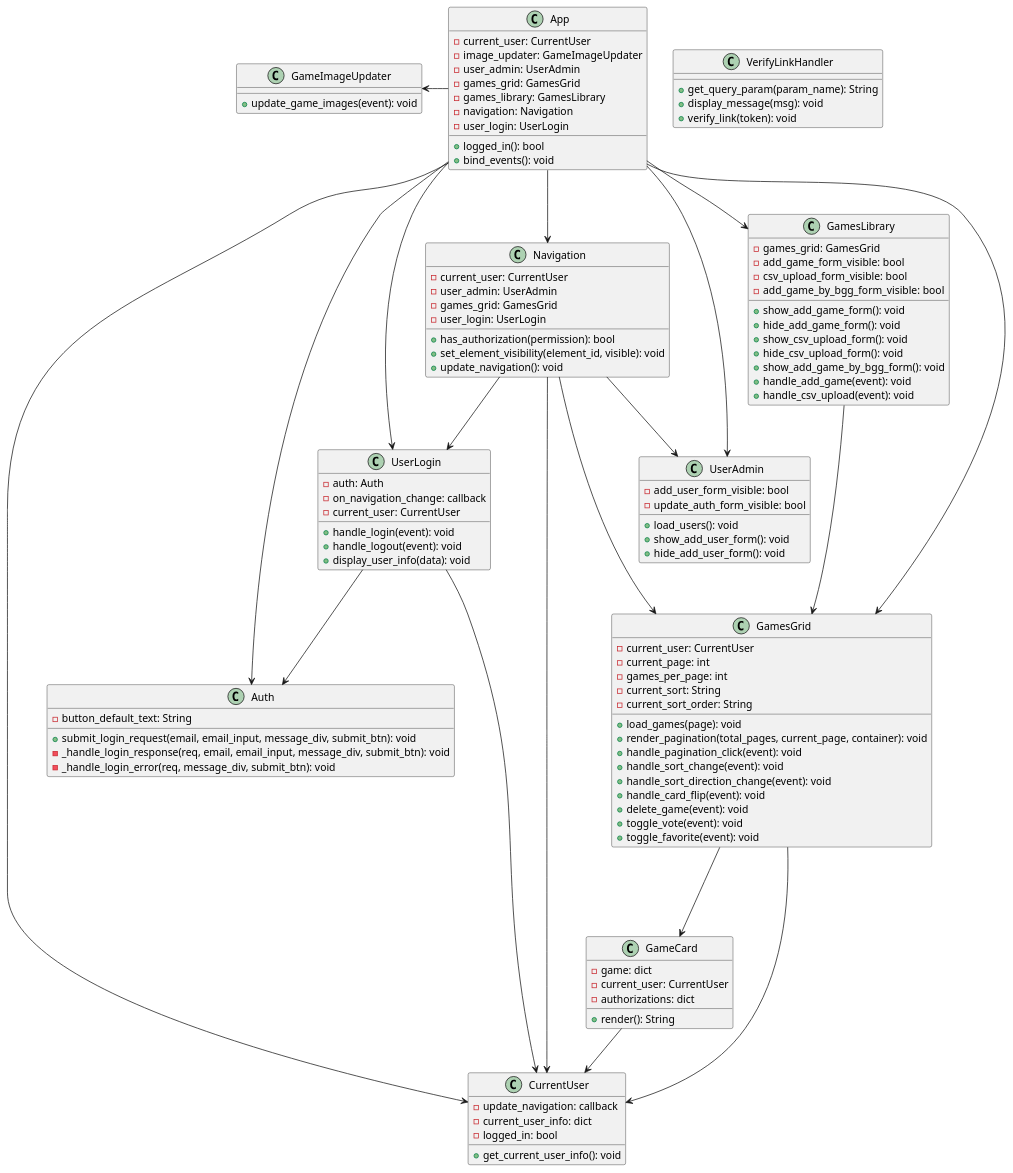
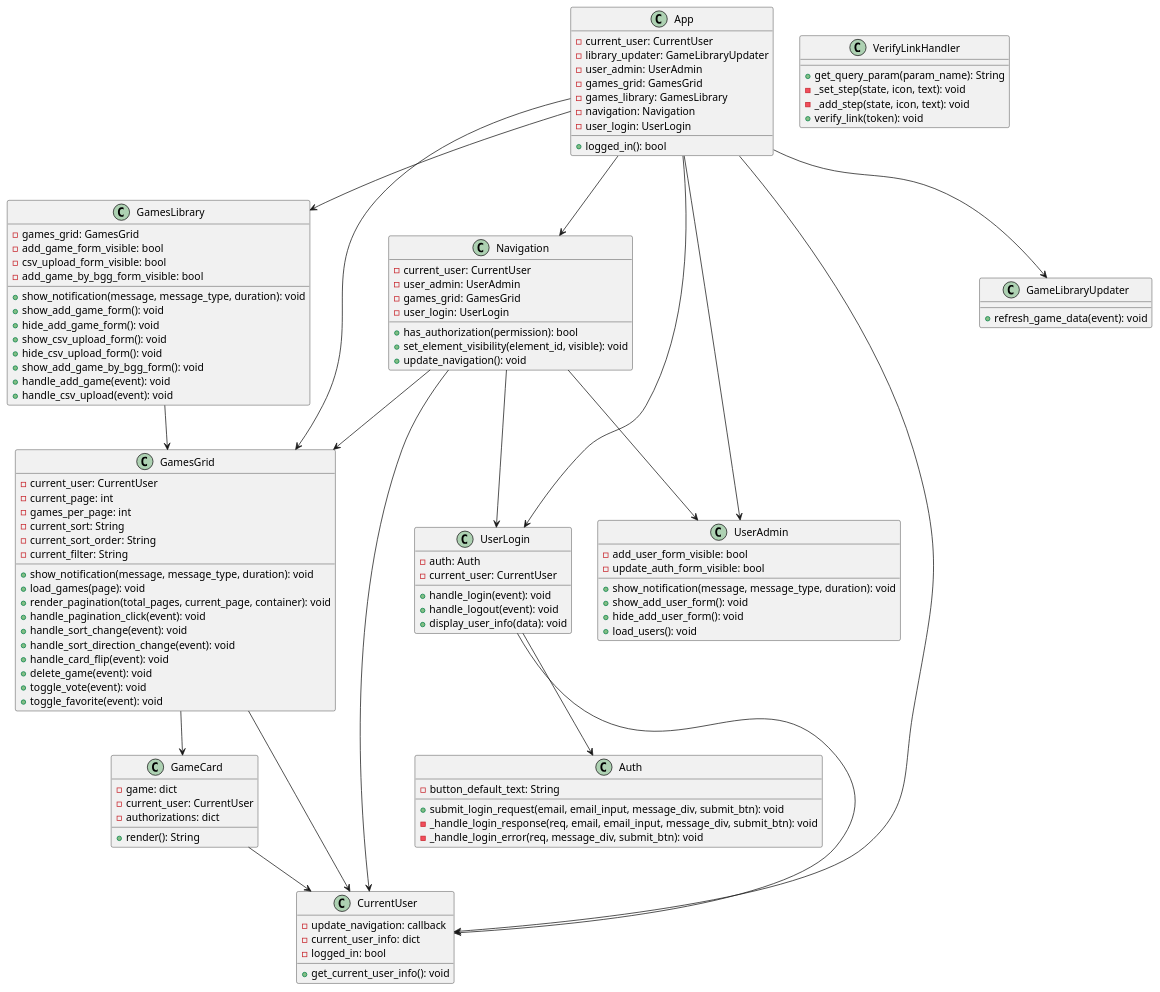
Before and after one commit to leshmark/gamegroup: the fourth of 6 diagrams in Game Group Site.md, drawn with PlantUML. The commit also changed other lines of this file and 4 other files, not shown here.

````diff
--- a/Game Group Site.md
+++ b/Game Group Site.md
@@ -264,14 +289,13 @@
 @startuml
 class App {
     - current_user: CurrentUser
-    - image_updater: GameImageUpdater
+    - library_updater: GameLibraryUpdater
     - user_admin: UserAdmin
     - games_grid: GamesGrid
     - games_library: GamesLibrary
     - navigation: Navigation
     - user_login: UserLogin
     + logged_in(): bool
-    + bind_events(): void
 }
 
 class Auth {
@@ -290,7 +314,6 @@
 
 class UserLogin {
     - auth: Auth
-    - on_navigation_change: callback
     - current_user: CurrentUser
     + handle_login(event): void
     + handle_logout(event): void
@@ -312,6 +335,7 @@
     - add_game_form_visible: bool
     - csv_upload_form_visible: bool
     - add_game_by_bgg_form_visible: bool
+    + show_notification(message, message_type, duration): void
     + show_add_game_form(): void
     + hide_add_game_form(): void
     + show_csv_upload_form(): void
@@ -327,6 +351,8 @@
     - games_per_page: int
     - current_sort: String
     - current_sort_order: String
+    - current_filter: String
+    + show_notification(message, message_type, duration): void
     + load_games(page): void
     + render_pagination(total_pages, current_page, container): void
     + handle_pagination_click(event): void
@@ -348,38 +374,39 @@
 class UserAdmin {
     - add_user_form_visible: bool
     - update_auth_form_visible: bool
-    + load_users(): void
+    + show_notification(message, message_type, duration): void
     + show_add_user_form(): void
     + hide_add_user_form(): void
+    + load_users(): void
 }
 
-class GameImageUpdater {
-    + update_game_images(event): void
+class GameLibraryUpdater {
+    + refresh_game_data(event): void
 }
 
 class VerifyLinkHandler {
     + get_query_param(param_name): String
-    + display_message(msg): void
+    - _set_step(state, icon, text): void
+    - _add_step(state, icon, text): void
     + verify_link(token): void
 }
 
 App --> CurrentUser
-App ----> Auth
-App -> UserLogin
+App --> UserLogin
 App --> Navigation
-App -> GamesLibrary
-App ----> GamesGrid
-App -> UserAdmin
-App -l--> GameImageUpdater
+App --> GamesLibrary
+App --> GamesGrid
+App --> UserAdmin
+App --> GameLibraryUpdater
 UserLogin --> Auth
 UserLogin --> CurrentUser
 Navigation --> CurrentUser
 Navigation --> UserLogin
 Navigation --> UserAdmin
 Navigation --> GamesGrid
-GamesLibrary ---> GamesGrid
+GamesLibrary --> GamesGrid
 GamesGrid --> CurrentUser
-GamesGrid ---> GameCard
+GamesGrid --> GameCard
 GameCard --> CurrentUser
 @enduml
 ```
````
